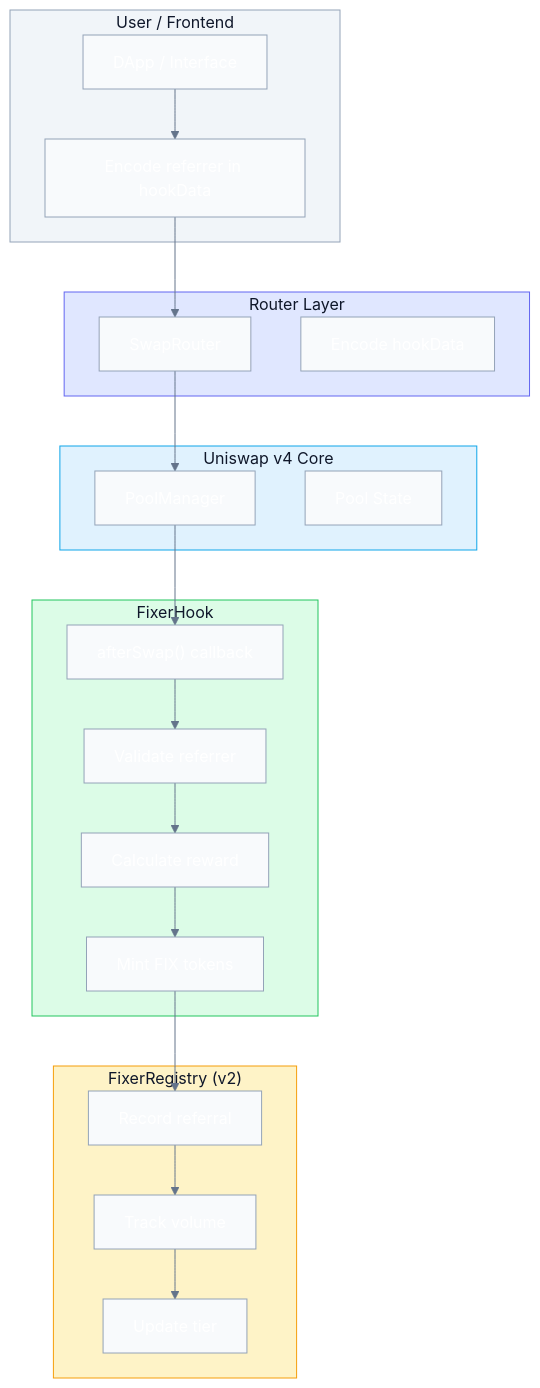
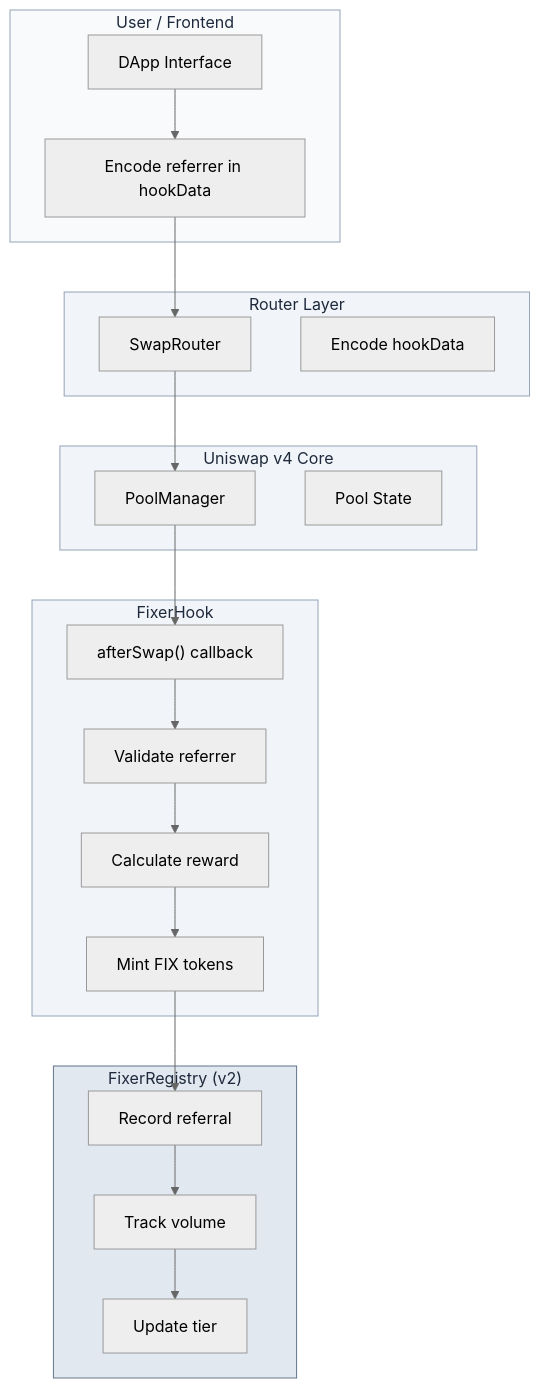
The diagram in docs/diagrams/architecture.mmd (guglxni/the-fixer-hook), drawn with Mermaid before and after one commit. The commit also changed 51 other files, not shown here.

First line of the commit message:
Redesign all 26 diagrams with professional, monochrome styling

```diff
--- a/docs/diagrams/architecture.mmd
+++ b/docs/diagrams/architecture.mmd
@@ -1,46 +1,46 @@
-%%{init: {'theme': 'base', 'themeVariables': { 'primaryColor': '#1e40af', 'primaryTextColor': '#ffffff', 'primaryBorderColor': '#1e40af', 'lineColor': '#64748b', 'secondaryColor': '#e2e8f0', 'tertiaryColor': '#cbd5e1', 'background': '#ffffff', 'mainBkg': '#f8fafc', 'nodeBorder': '#94a3b8', 'clusterBkg': '#f1f5f9', 'clusterBorder': '#cbd5e1', 'titleColor': '#0f172a', 'edgeLabelBackground': '#ffffff'}}}%%
+%%{init: {'theme': 'neutral', 'themeVariables': {'fontFamily': 'Inter, system-ui, sans-serif'}}}%%
 flowchart TB
     subgraph USER["User / Frontend"]
-        U1["DApp / Interface"]
+        U1["DApp Interface"]
         U2["Encode referrer in hookData"]
     end
-    
+
     subgraph ROUTER["Router Layer"]
         R1["SwapRouter"]
         R2["Encode hookData"]
     end
-    
+
     subgraph POOL["Uniswap v4 Core"]
         P1["PoolManager"]
         P2["Pool State"]
     end
-    
+
     subgraph HOOK["FixerHook"]
         H1["afterSwap() callback"]
         H2["Validate referrer"]
         H3["Calculate reward"]
         H4["Mint FIX tokens"]
     end
-    
+
     subgraph REGISTRY["FixerRegistry (v2)"]
         RC1["Record referral"]
         RC2["Track volume"]
         RC3["Update tier"]
     end
-    
+
     U1 --> U2
     U2 --> R1
     R1 --> P1
     P1 --> H1
     H1 --> H2
     H2 --> H3
     H3 --> H4
     H4 --> RC1
     RC1 --> RC2
     RC2 --> RC3
-    
-    style USER fill:#f1f5f9,stroke:#94a3b8
-    style ROUTER fill:#e0e7ff,stroke:#6366f1
-    style POOL fill:#e0f2fe,stroke:#0ea5e9
-    style HOOK fill:#dcfce7,stroke:#22c55e
-    style REGISTRY fill:#fef3c7,stroke:#f59e0b
+
+    style USER fill:#f8fafc,stroke:#94a3b8,color:#1e293b
+    style ROUTER fill:#f1f5f9,stroke:#94a3b8,color:#1e293b
+    style POOL fill:#f1f5f9,stroke:#94a3b8,color:#1e293b
+    style HOOK fill:#f1f5f9,stroke:#94a3b8,color:#1e293b
+    style REGISTRY fill:#e2e8f0,stroke:#64748b,color:#1e293b
```
